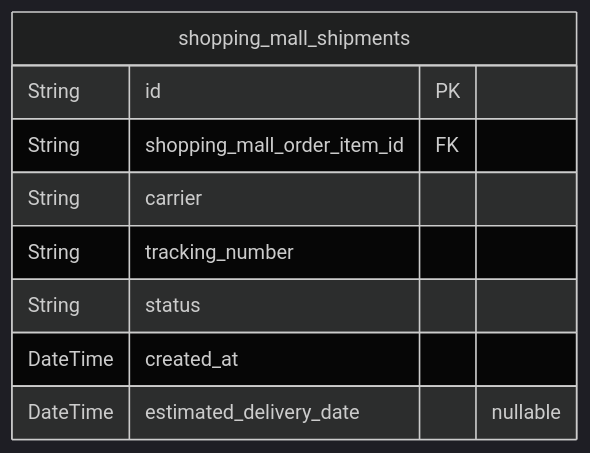
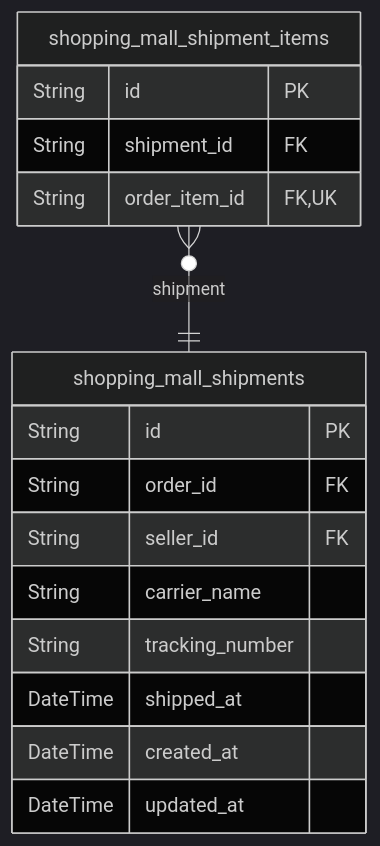
Before and after one commit to wrtnlabs/autobe-examples: the seventh of 10 diagrams in qwen/qwen3-next-80b-a3b-instruct/shopping/docs/ERD.md, drawn with Mermaid (dark theme). The commit also changed other lines of this file and 25939 other files, not shown here.

````diff
--- a/qwen/qwen3-next-80b-a3b-instruct/shopping/docs/ERD.md
+++ b/qwen/qwen3-next-80b-a3b-instruct/shopping/docs/ERD.md
@@ -1188,12 +1287,19 @@
 ```mermaid
 erDiagram
 "shopping_mall_shipments" {
   String id PK
-  String shopping_mall_order_item_id FK
-  String carrier
+  String order_id FK
+  String seller_id FK
+  String carrier_name
   String tracking_number
-  String status
+  DateTime shipped_at
   DateTime created_at
-  DateTime estimated_delivery_date "nullable"
+  DateTime updated_at
 }
+"shopping_mall_shipment_items" {
+  String id PK
+  String shipment_id FK
+  String order_item_id FK,UK
+}
+"shopping_mall_shipment_items" }o--|| "shopping_mall_shipments" : shipment
 ```
````
